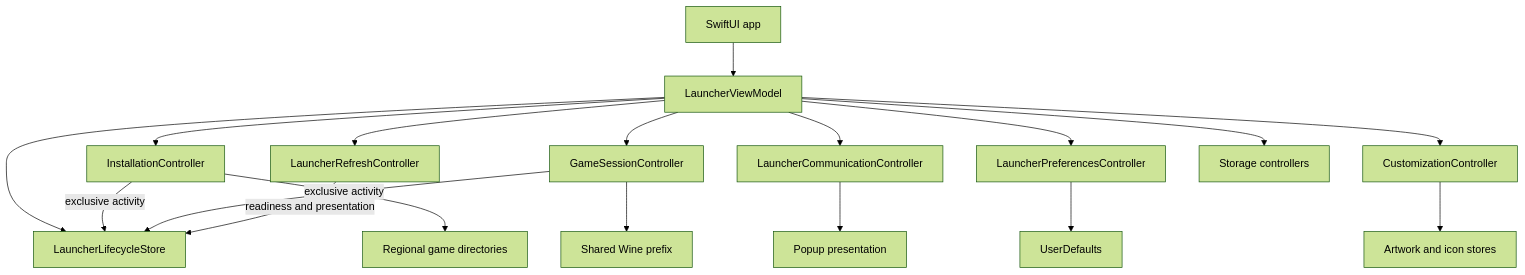
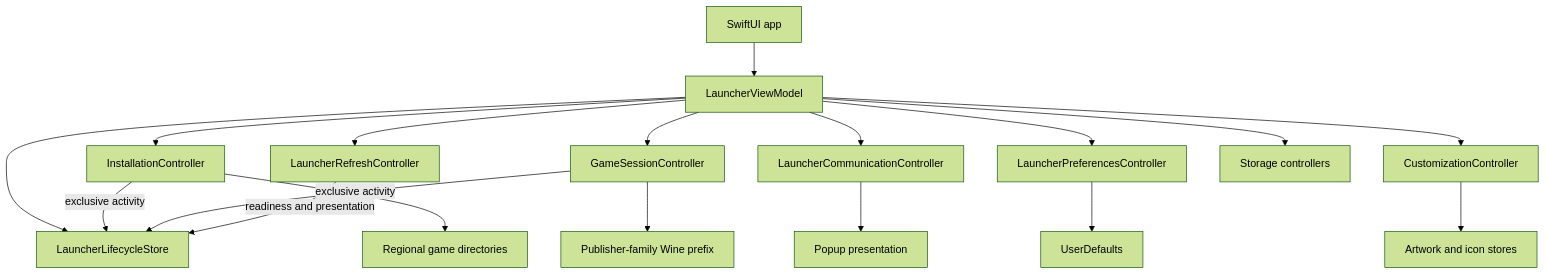
The first of 2 diagrams in docs/development/architecture/README.md (LuMiSxh/Arknights-MacOS-Client), drawn with Mermaid (forest theme) before and after one commit. The commit also changed 41 other files, not shown here.

````diff
--- a/docs/development/architecture/README.md
+++ b/docs/development/architecture/README.md
@@ -37,20 +37,20 @@
 ```mermaid
 flowchart TB
 	App[SwiftUI app] --> Root[LauncherViewModel]
 	Root --> Lifecycle[LauncherLifecycleStore]
 	Root --> Install[InstallationController]
 	Root --> Game[GameSessionController]
 	Root --> Refresh[LauncherRefreshController]
 	Root --> Communication[LauncherCommunicationController]
 	Root --> Settings[LauncherPreferencesController]
 	Root --> Customization[CustomizationController]
 	Root --> Storage[Storage controllers]
 	Install -->|exclusive activity| Lifecycle
 	Game -->|exclusive activity| Lifecycle
 	Refresh -->|readiness and presentation| Lifecycle
 	Communication --> Popup[Popup presentation]
 	Customization --> Assets[Artwork and icon stores]
 	Settings --> Defaults[UserDefaults]
 	Install --> GameFiles[Regional game directories]
-	Game --> Prefix[Shared Wine prefix]
+	Game --> Prefix[Publisher-family Wine prefix]
 ```
````
